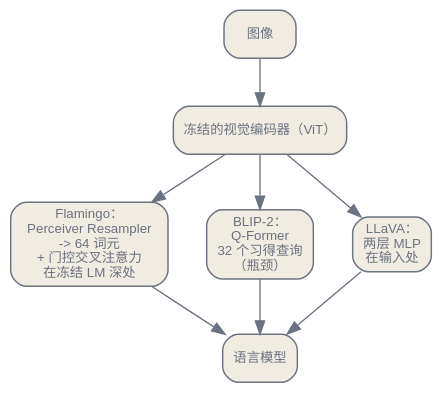
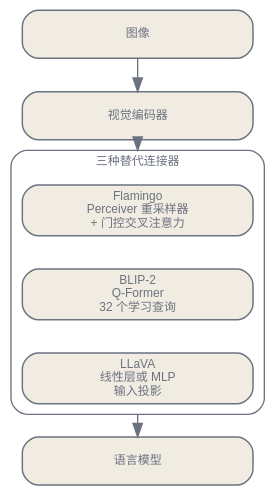
The diagram in zh/generative/04-multimodal-models.qmd (latere-ai/ai-as-an-infrastructure), drawn with Graphviz before and after one commit. The commit also changed other lines of this file and 3 other files, not shown here.

````diff
--- a/zh/generative/04-multimodal-models.qmd
+++ b/zh/generative/04-multimodal-models.qmd
@@ -13,24 +51,26 @@
 ```{dot}
 //| label: fig-vlm-connectors
-//| fig-cap: "把一个冻结的视觉编码器接到语言模型上的三种办法。Flamingo 在一个冻结的语言模型深处插入门控交叉注意力，并把视觉特征重采样到固定的 64 个词元。BLIP-2 的 Q-Former 经由一个习得的瓶颈抽出 32 个查询词元。LLaVA 用一层薄 MLP 在输入处把 ViT 的图块特征投影进词元空间。取材自 Alayrac 等（2022）、Li 等（2023）与 Liu 等（2023）。"
+//| fig-cap: "三种连接器模式。Flamingo 重采样视觉特征，并在语言模型内部通过门控交叉注意力反复读取。BLIP-2 使用学习得到的 Q-Former 瓶颈。LLaVA 把图块特征投影到语言模型的输入序列。冻结与训练的组件会随系统和训练阶段而变。"
 digraph {
   bgcolor="transparent";
   rankdir=TB;
-  nodesep=0.4; ranksep=0.5;
-  node [shape=box, style="rounded,filled", fontname="Helvetica", fontsize=10, color="#6b7280", fontcolor="#6b7280", fillcolor="#f1ece1", penwidth=1.1];
-  edge [fontsize=10, fontname="Helvetica", color="#6b7280", fontcolor="#6b7280"];
-  img [label="图像"];
-  venc [label="冻结的视觉编码器（ViT）"];
-  A [label="Flamingo：\nPerceiver Resampler\n-> 64 词元\n+ 门控交叉注意力\n在冻结 LM 深处"];
-  B [label="BLIP-2：\nQ-Former\n32 个习得查询\n（瓶颈）"];
-  C [label="LLaVA：\n两层 MLP\n在输入处"];
-  lm [label="语言模型"];
-  img -> venc;
-  venc -> A;
-  venc -> B;
-  venc -> C;
-  A -> lm;
-  B -> lm;
-  C -> lm;
+  newrank=true;
+  compound=true;
+  nodesep=0.25; ranksep=0.35;
+  node [shape=box, style="rounded,filled", width=2.4, fontname="Helvetica", fontsize=9, color="#6b7280", fontcolor="#6b7280", fillcolor="#f1ece1", penwidth=1.1];
+  edge [fontsize=9, fontname="Helvetica", color="#6b7280", fontcolor="#6b7280"];
+  image [label="图像"];
+  vision [label="视觉编码器"];
+  subgraph cluster_connectors {
+    label="三种替代连接器"; style=rounded; color="#6b7280"; fontcolor="#6b7280"; fontsize=9;
+    flamingo [label="Flamingo\nPerceiver 重采样器\n+ 门控交叉注意力"];
+    blip [label="BLIP-2\nQ-Former\n32 个学习查询"];
+    llava [label="LLaVA\n线性层或 MLP\n输入投影"];
+    flamingo -> blip -> llava [style=invis, weight=10];
+  }
+  language [label="语言模型"];
+  image -> vision;
+  vision -> flamingo [lhead=cluster_connectors];
+  llava -> language [ltail=cluster_connectors];
 }
 ```
````
